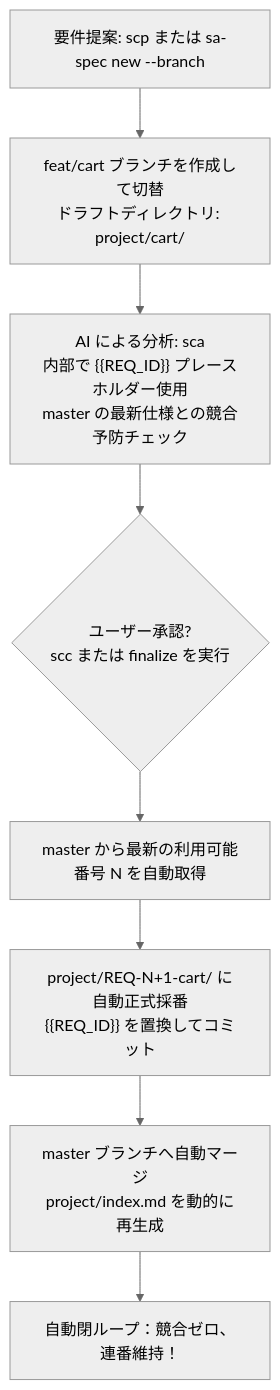
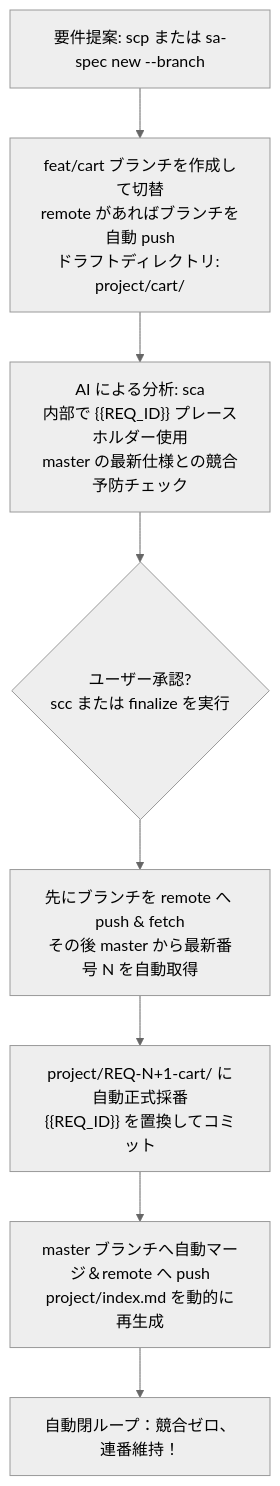
One commit to lovius215/ai_spec changed the diagram in README.ja.md. Above: the diagram before and after it, drawn with Mermaid (neutral theme). The commit also changed other lines of this file and 12 other files, not shown here.

Commit message:
feat: 支援 Git Remote 自動推送鐵律 (scp/scc) 與 v0.2.6 定版

````diff
--- a/README.ja.md
+++ b/README.ja.md
@@ -103,10 +103,10 @@
 ```mermaid
 flowchart TD
-    A["要件提案: scp または sa-spec new --branch"] --> B["feat/cart ブランチを作成して切替<br/>ドラフトディレクトリ: project/cart/"]
+    A["要件提案: scp または sa-spec new --branch"] --> B["feat/cart ブランチを作成して切替<br/>remote があればブランチを自動 push<br/>ドラフトディレクトリ: project/cart/"]
     B --> C["AI による分析: sca<br/>内部で {{REQ_ID}} プレースホルダー使用<br/>master の最新仕様との競合予防チェック"]
     C --> D{"ユーザー承認?<br/>scc または finalize を実行"}
-    D --> E["master から最新の利用可能番号 N を自動取得"]
+    D --> E["先にブランチを remote へ push & fetch<br/>その後 master から最新番号 N を自動取得"]
     E --> F["project/REQ-N+1-cart/ に自動正式採番<br/>{{REQ_ID}} を置換してコミット"]
-    F --> G["master ブランチへ自動マージ<br/>project/index.md を動的に再生成"]
+    F --> G["master ブランチへ自動マージ＆remote へ push<br/>project/index.md を動的に再生成"]
     G --> H["自動閉ループ：競合ゼロ、連番維持！"]
 ```
````
